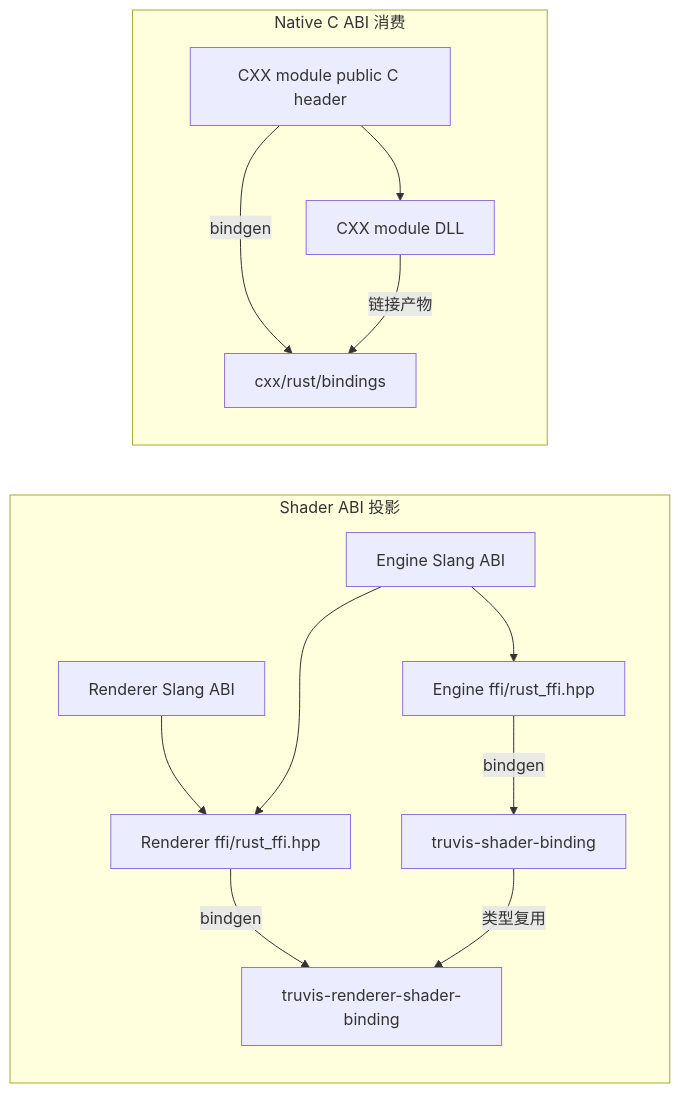
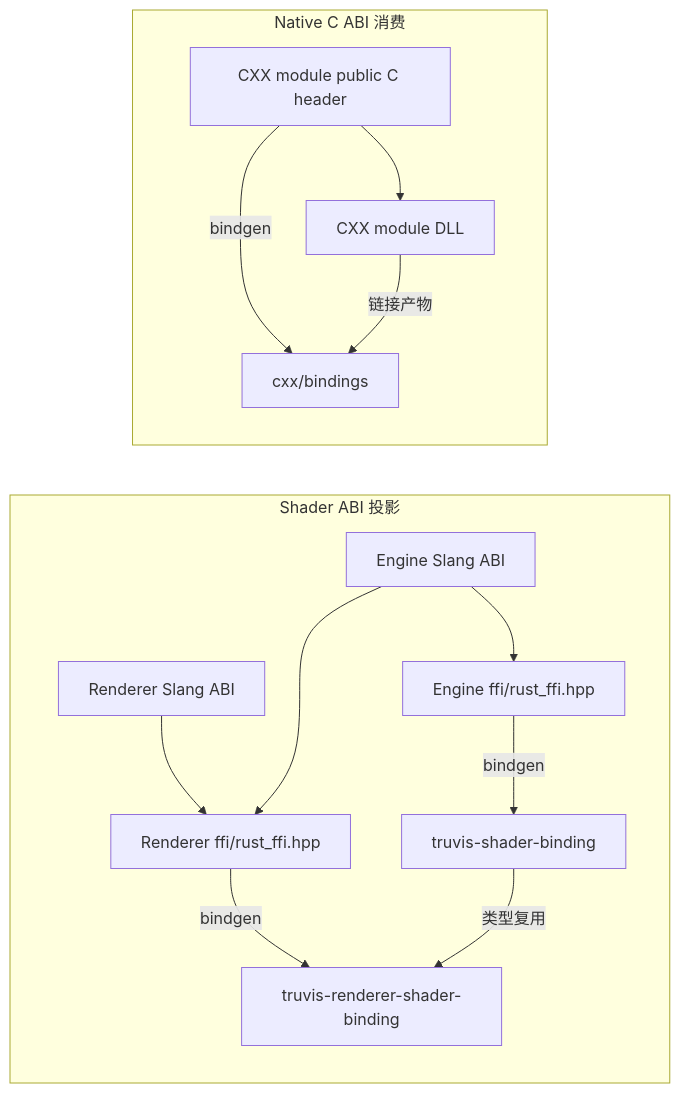
Before and after one commit to acccoco/TruvisRenderer: the diagram in docs/design/shader-abi-and-native-integration.md, drawn with Mermaid. The commit also changed other lines of this file and 45 other files, not shown here.

````diff
--- a/docs/design/shader-abi-and-native-integration.md
+++ b/docs/design/shader-abi-and-native-integration.md
@@ -11,16 +11,16 @@
 ```mermaid
 flowchart LR
     subgraph Shader["Shader ABI 投影"]
         EngineAbi["Engine Slang ABI"] --> EngineHeader["Engine ffi/rust_ffi.hpp"]
         RendererAbi["Renderer Slang ABI"] --> RendererHeader["Renderer ffi/rust_ffi.hpp"]
         EngineAbi --> RendererHeader
         EngineHeader -->|bindgen| EngineBinding["truvis-shader-binding"]
         RendererHeader -->|bindgen| RendererBinding["truvis-renderer-shader-binding"]
         EngineBinding -->|类型复用| RendererBinding
     end
     subgraph Native["Native C ABI 消费"]
         CHeader["CXX module public C header"] --> NativeDll["CXX module DLL"]
-        CHeader -->|bindgen| NativeBinding["cxx/rust/bindings"]
+        CHeader -->|bindgen| NativeBinding["cxx/bindings"]
         NativeDll -->|链接产物| NativeBinding
     end
 ```
````
